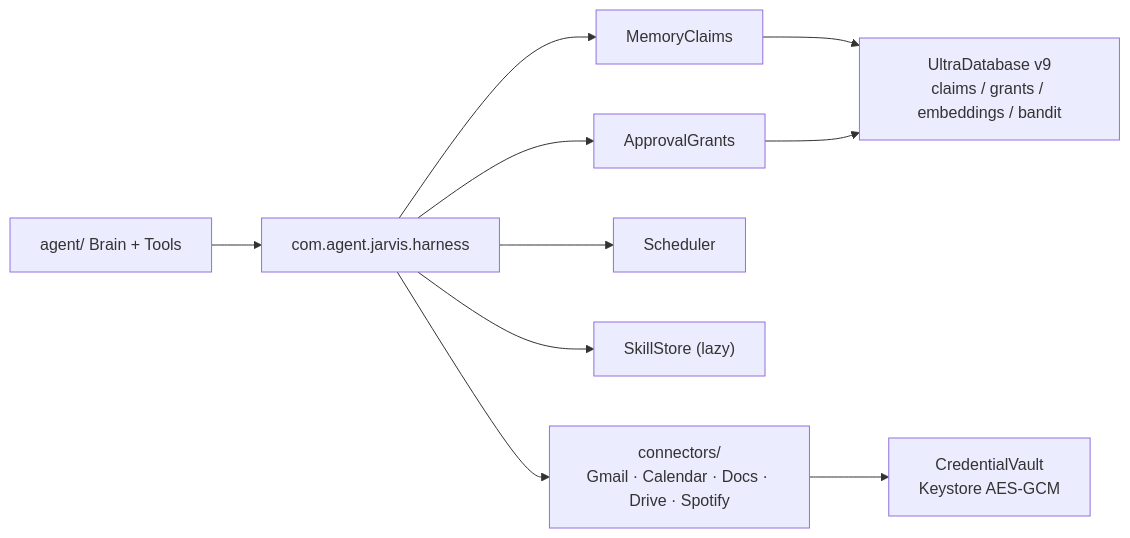
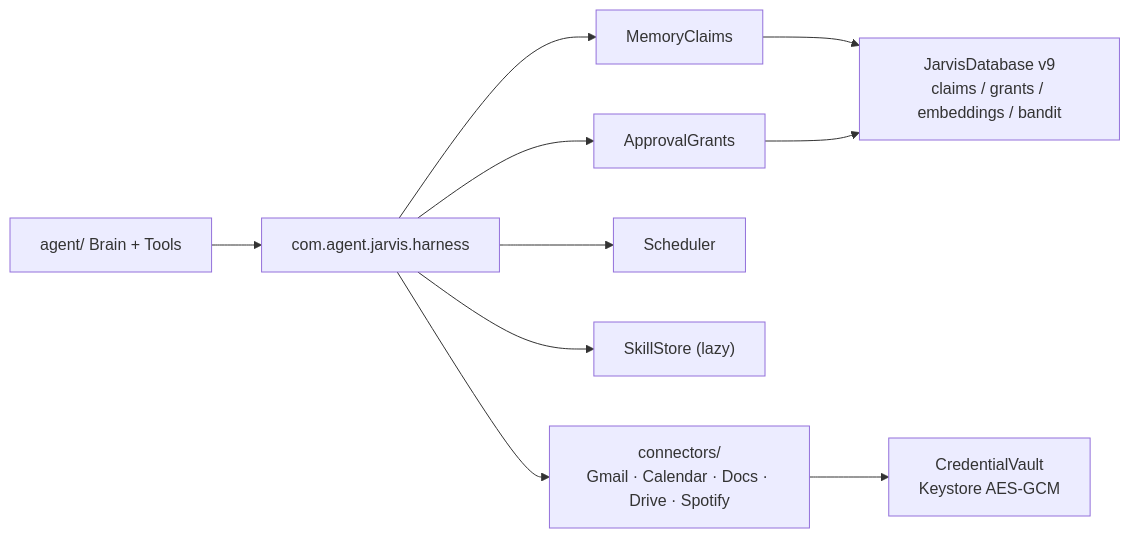
The third of 3 diagrams in ARCHITECTURE.md (Arbloodhound/Jarvis), drawn with Mermaid before and after one commit. The commit also changed other lines of this file and 591 other files, not shown here.

First line of the commit message:
Rename stage 6: repo surface sweep + ultra-native/ -> jarvis-native/

````diff
--- a/ARCHITECTURE.md
+++ b/ARCHITECTURE.md
@@ -96,12 +96,12 @@
 ```mermaid
 flowchart LR
   BRAIN2["agent/ Brain + Tools"] --> H["com.agent.jarvis.harness"]
   H --> MC["MemoryClaims"]
   H --> AG["ApprovalGrants"]
   H --> SCH["Scheduler"]
   H --> SK["SkillStore (lazy)"]
   H --> CONN["connectors/<br/>Gmail · Calendar · Docs · Drive · Spotify"]
   CONN --> VAULT["CredentialVault<br/>Keystore AES-GCM"]
-  MC --> DB2["UltraDatabase v9<br/>claims / grants / embeddings / bandit"]
+  MC --> DB2["JarvisDatabase v9<br/>claims / grants / embeddings / bandit"]
   AG --> DB2
 ```
````
